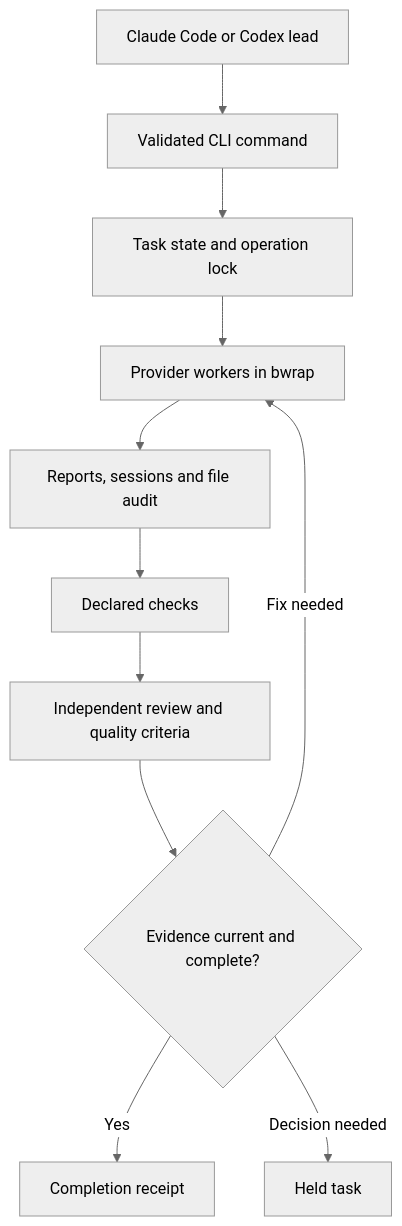
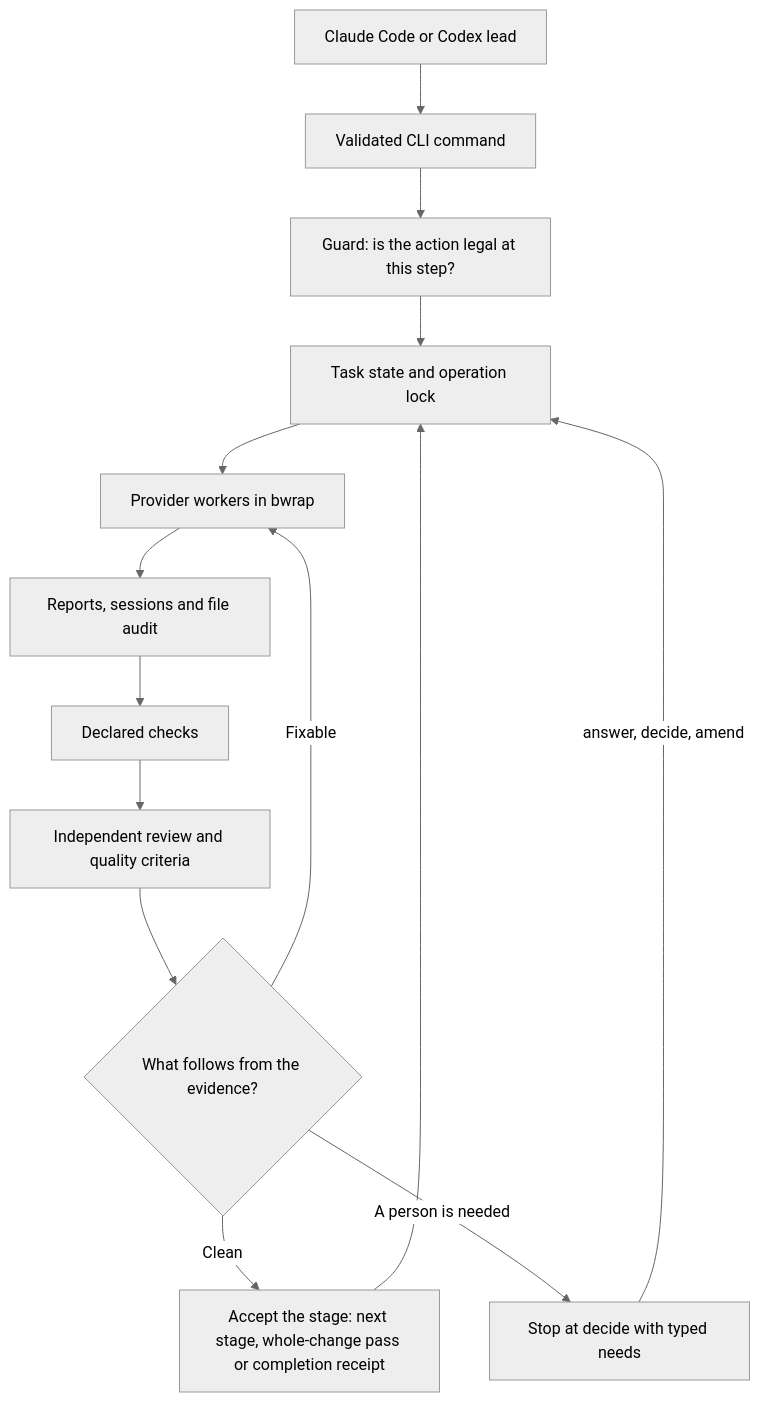
One commit to knaus94/agentgate changed the diagram in docs/architecture.md. Above: the diagram before and after it, drawn with Mermaid (neutral theme). The commit also changed other lines of this file and 48 other files, not shown here.

````diff
--- a/docs/architecture.md
+++ b/docs/architecture.md
@@ -32,13 +37,16 @@
 ```mermaid
 flowchart TD
     Lead["Claude Code or Codex lead"] --> CLI["Validated CLI command"]
-    CLI --> Gate["Task state and operation lock"]
+    CLI --> Guard["Guard: is the action legal at this step?"]
+    Guard --> Gate["Task state and operation lock"]
     Gate --> Workers["Provider workers in bwrap"]
     Workers --> Receipts["Reports, sessions and file audit"]
     Receipts --> Checks["Declared checks"]
     Checks --> Review["Independent review and quality criteria"]
-    Review --> Decision{"Evidence current and complete?"}
-    Decision -->|Yes| Finish["Completion receipt"]
-    Decision -->|Fix needed| Workers
-    Decision -->|Decision needed| Held["Held task"]
+    Review --> Decision{"What follows from the evidence?"}
+    Decision -->|Clean| Accept["Accept the stage: next stage, whole-change pass or completion receipt"]
+    Decision -->|Fixable| Workers
+    Decision -->|A person is needed| Needs["Stop at decide with typed needs"]
+    Needs -->|answer, decide, amend| Gate
+    Accept --> Gate
 ```
````
